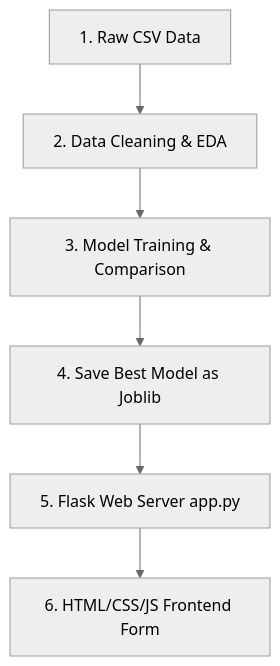
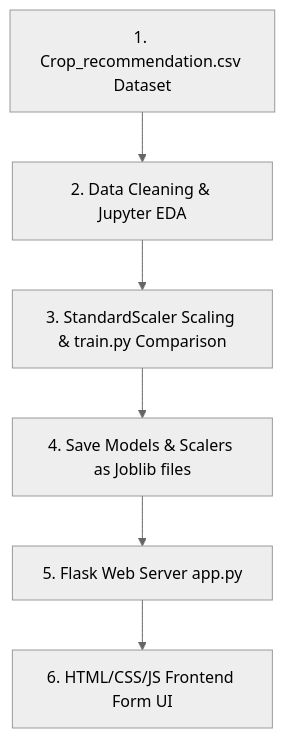
One commit to isyedrayan1/foliogalat changed the diagram in docs/opti-crop-agricultural-recommendation-system.md. Above: the diagram before and after it, drawn with Mermaid (neutral theme). The commit also changed other lines of this file and 15 other files, not shown here.

````diff
--- a/docs/opti-crop-agricultural-recommendation-system.md
+++ b/docs/opti-crop-agricultural-recommendation-system.md
@@ -37,8 +24,8 @@
 ```mermaid
 graph TD
-    A[1. Raw CSV Data] --> B[2. Data Cleaning & EDA]
-    B --> C[3. Model Training & Comparison]
-    C --> D[4. Save Best Model as Joblib]
+    A[1. Crop_recommendation.csv Dataset] --> B[2. Data Cleaning & Jupyter EDA]
+    B --> C[3. StandardScaler Scaling & train.py Comparison]
+    C --> D[4. Save Models & Scalers as Joblib files]
     D --> E[5. Flask Web Server app.py]
-    E --> F[6. HTML/CSS/JS Frontend Form]
+    E --> F[6. HTML/CSS/JS Frontend Form UI]
 ```
````
